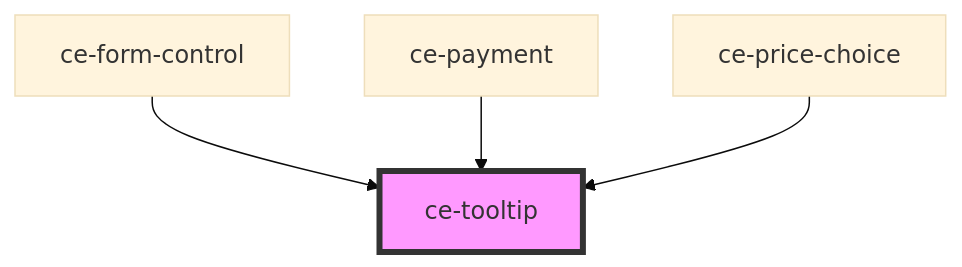
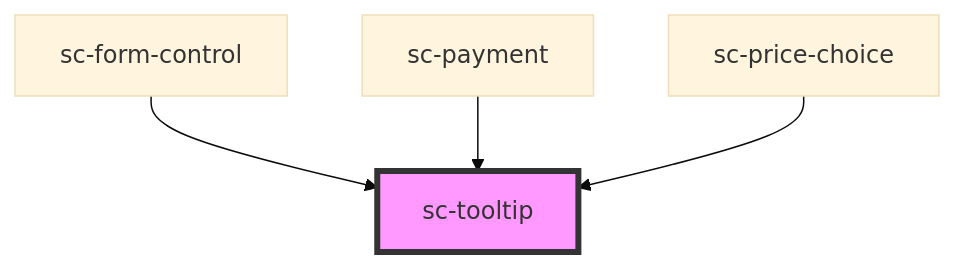
Before and after one commit to surecart/surecart-wp-plugin: the diagram in packages/components/src/components/ui/tooltip/readme.md, drawn with Mermaid (base theme). The commit also changed other lines of this file and 1281 other files, not shown here.

````diff
--- a/packages/components/src/components/ui/tooltip/readme.md
+++ b/packages/components/src/components/ui/tooltip/readme.md
@@ -37,7 +37,7 @@
 ```mermaid
 graph TD;
-  ce-form-control --> ce-tooltip
-  ce-payment --> ce-tooltip
-  ce-price-choice --> ce-tooltip
-  style ce-tooltip fill:#f9f,stroke:#333,stroke-width:4px
+  sc-form-control --> sc-tooltip
+  sc-payment --> sc-tooltip
+  sc-price-choice --> sc-tooltip
+  style sc-tooltip fill:#f9f,stroke:#333,stroke-width:4px
 ```
````
